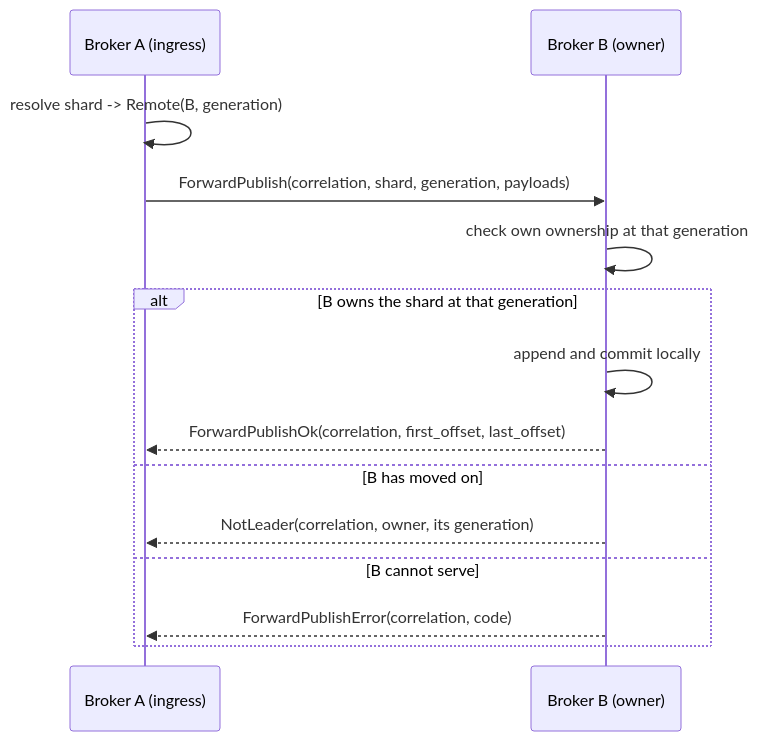
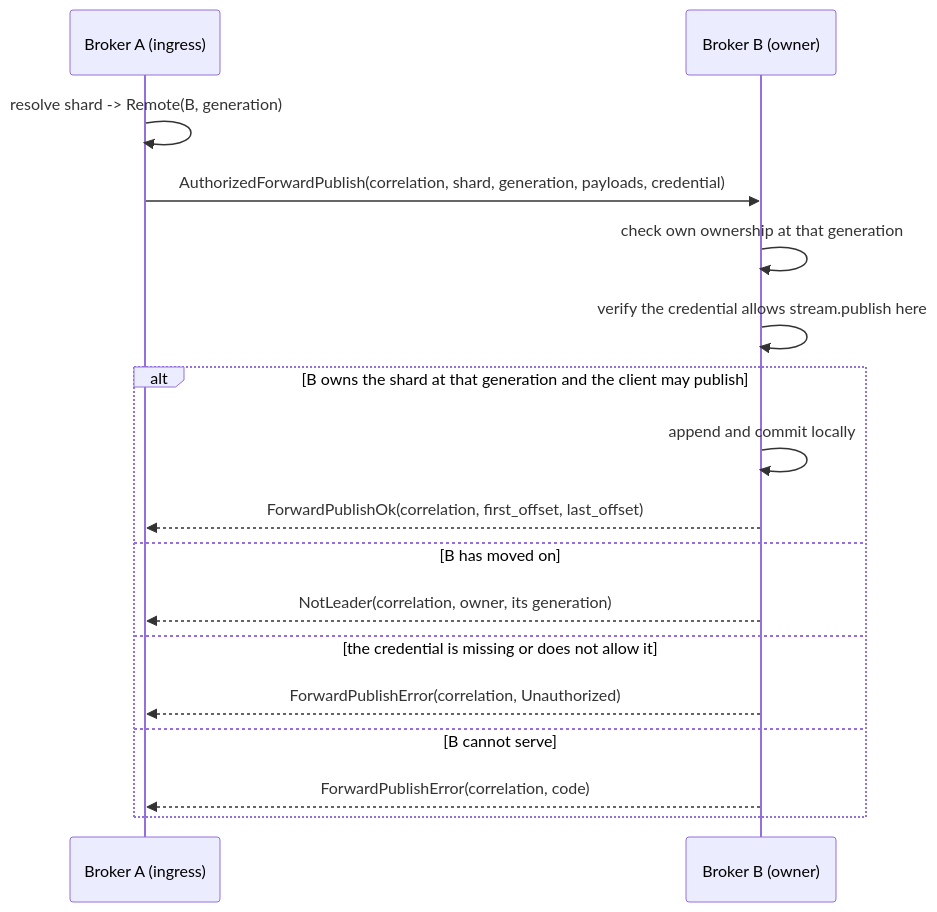
One commit to gabloe/felix changed the first of 3 diagrams in docs/internal-protocol.md. Above: the diagram before and after it, drawn with Mermaid. The commit also changed other lines of this file and 26 other files, not shown here.

First line of the commit message:
fix(peer): verify the client's credential at the owner of a forwarded write

````diff
--- a/docs/internal-protocol.md
+++ b/docs/internal-protocol.md
@@ -117,17 +117,20 @@
 ```mermaid
 sequenceDiagram
     participant A as Broker A (ingress)
     participant B as Broker B (owner)
 
     A->>A: resolve shard -> Remote(B, generation)
-    A->>B: ForwardPublish(correlation, shard, generation, payloads)
+    A->>B: AuthorizedForwardPublish(correlation, shard, generation, payloads, credential)
     B->>B: check own ownership at that generation
-    alt B owns the shard at that generation
+    B->>B: verify the credential allows stream.publish here
+    alt B owns the shard at that generation and the client may publish
         B->>B: append and commit locally
         B-->>A: ForwardPublishOk(correlation, first_offset, last_offset)
     else B has moved on
         B-->>A: NotLeader(correlation, owner, its generation)
+    else the credential is missing or does not allow it
+        B-->>A: ForwardPublishError(correlation, Unauthorized)
     else B cannot serve
         B-->>A: ForwardPublishError(correlation, code)
     end
 ```
````
